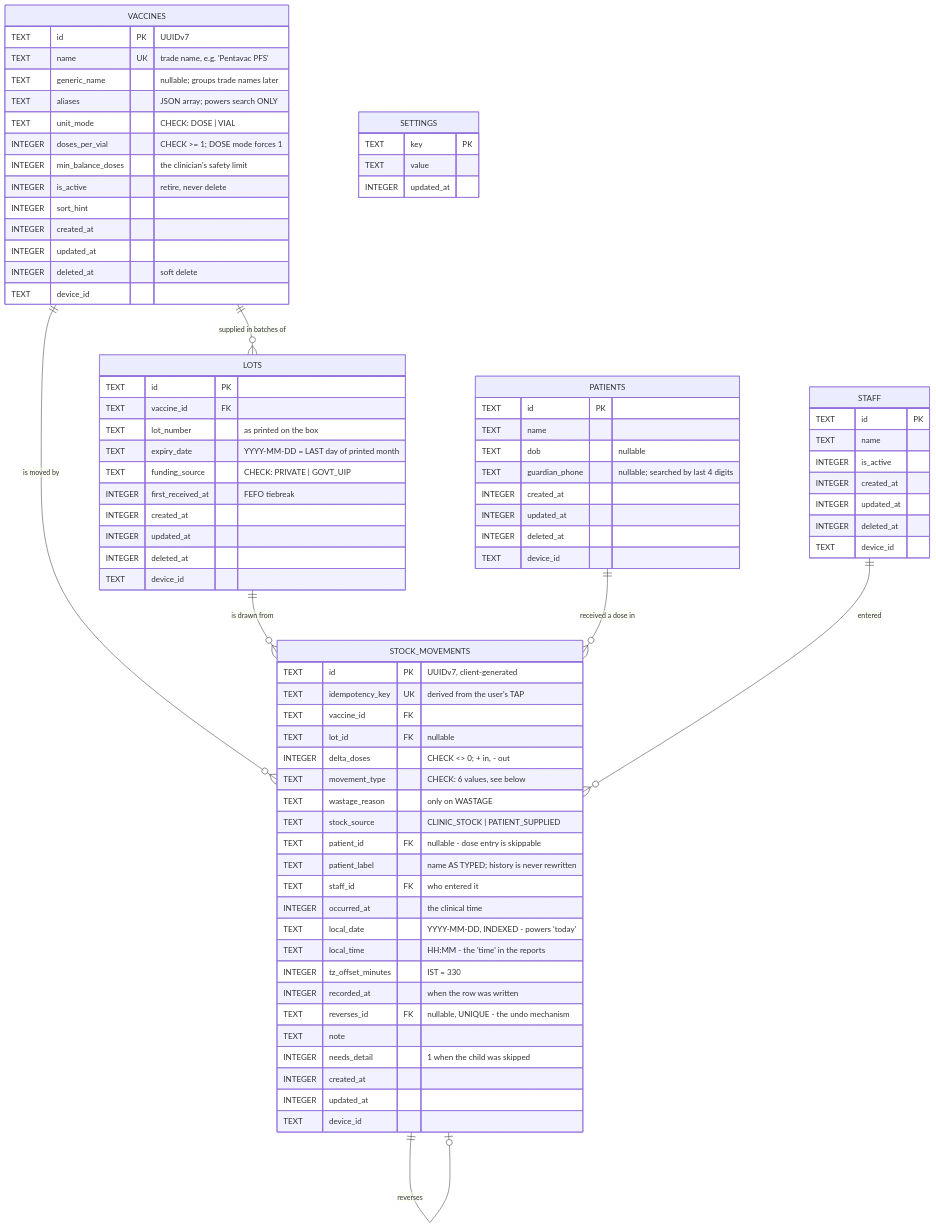
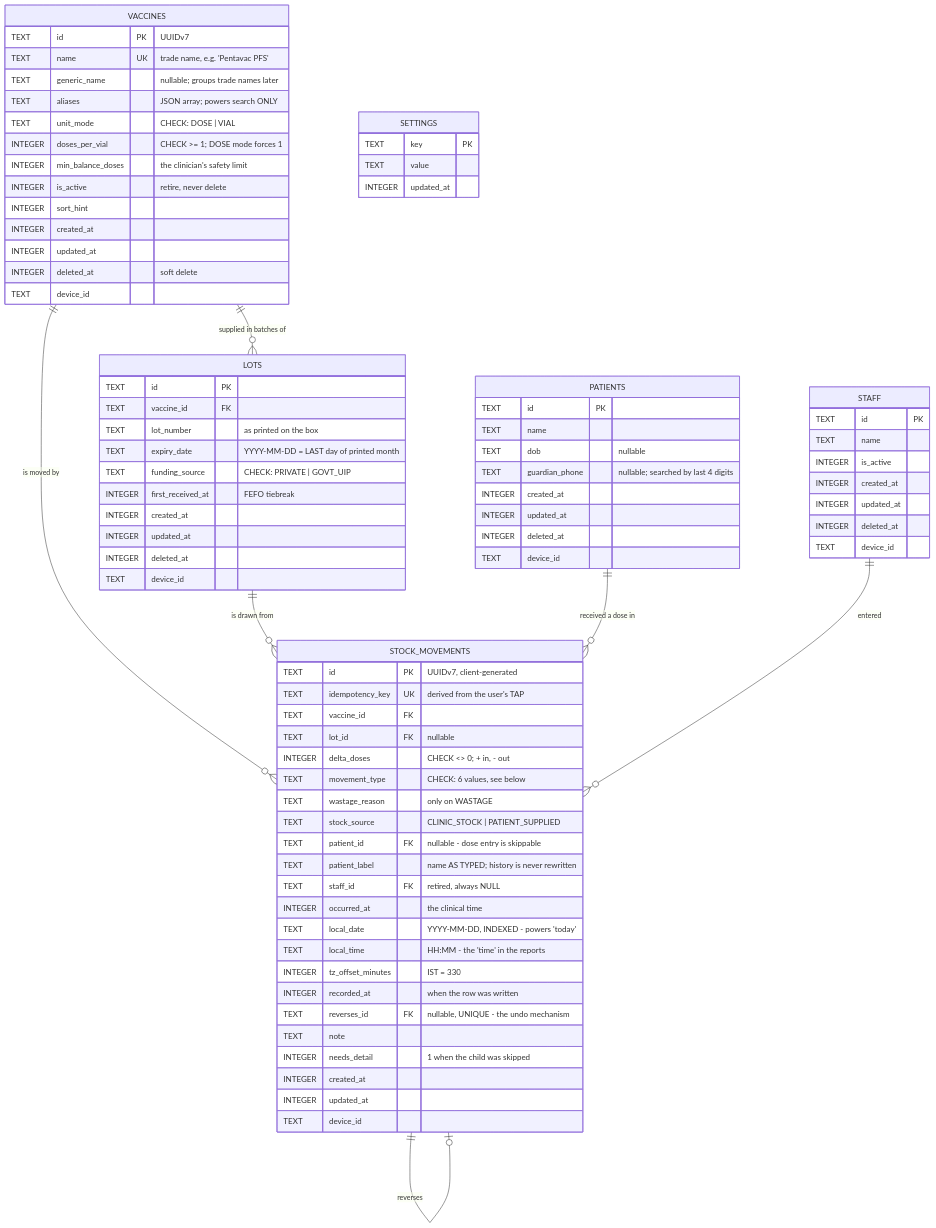
Before and after one commit to yashlad1/clinic-app: the first of 2 diagrams in docs/ERD.md, drawn with Mermaid. The commit also changed 20 other files, not shown here.

```diff
--- a/docs/ERD.md
+++ b/docs/ERD.md
@@ -79,7 +79,7 @@
         TEXT    stock_source         "CLINIC_STOCK | PATIENT_SUPPLIED"
         TEXT    patient_id        FK "nullable - dose entry is skippable"
         TEXT    patient_label        "name AS TYPED; history is never rewritten"
-        TEXT    staff_id          FK "who entered it"
+        TEXT    staff_id          FK "retired, always NULL"
         INTEGER occurred_at          "the clinical time"
         TEXT    local_date           "YYYY-MM-DD, INDEXED - powers 'today'"
         TEXT    local_time           "HH:MM - the 'time' in the reports"
```
